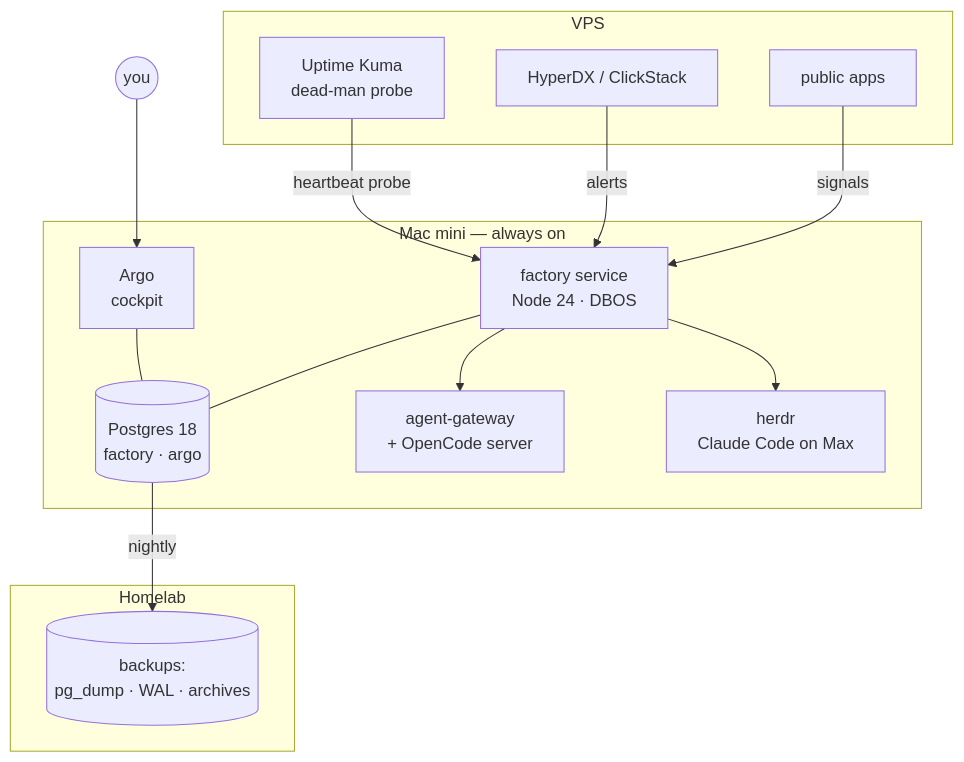
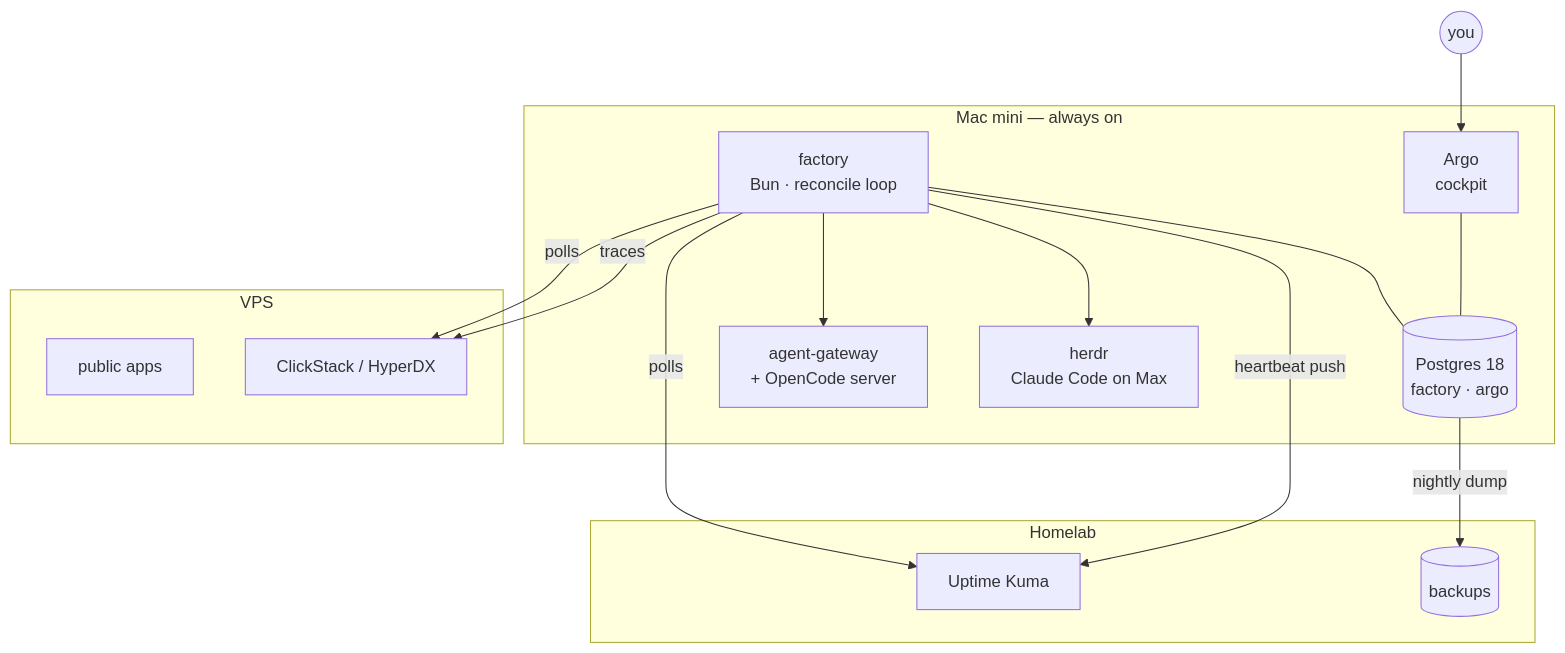
One commit to jkrumm/dotfiles changed the diagram in docs/factory/tdd/10-surfaces.md. Above: the diagram before and after it, drawn with Mermaid. The commit also changed other lines of this file and 46 other files, not shown here.

First line of the commit message:
docs(factory): technical design v2 — one loop for all work, reconcile loop on Postgres, six waves

````diff
--- a/docs/factory/tdd/10-surfaces.md
+++ b/docs/factory/tdd/10-surfaces.md
@@ -5,27 +5,28 @@
 ```mermaid
 flowchart TB
   subgraph mini[Mac mini — always on]
-    F[factory service<br/>Node 24 · DBOS]
+    F[factory<br/>Bun · reconcile loop]
     PG[(Postgres 18<br/>factory · argo)]
     A[Argo<br/>cockpit]
     AGW[agent-gateway<br/>+ OpenCode server]
     H[herdr<br/>Claude Code on Max]
     F --- PG
     A --- PG
     F --> AGW
     F --> H
   end
   subgraph vps[VPS]
     APPS[public apps]
-    HDX[HyperDX / ClickStack]
-    K[Uptime Kuma<br/>dead-man probe]
+    HDX[ClickStack / HyperDX]
   end
   subgraph homelab[Homelab]
-    B[(backups:<br/>pg_dump · WAL · archives)]
+    K[Uptime Kuma]
+    B[(backups)]
   end
-  APPS -- signals --> F
-  HDX -- alerts --> F
-  K -- heartbeat probe --> F
-  PG -- nightly --> B
+  F -- polls --> K
+  F -- polls --> HDX
+  F -- heartbeat push --> K
+  F -- traces --> HDX
+  PG -- nightly dump --> B
   YOU((you)) --> A
 ```
````
